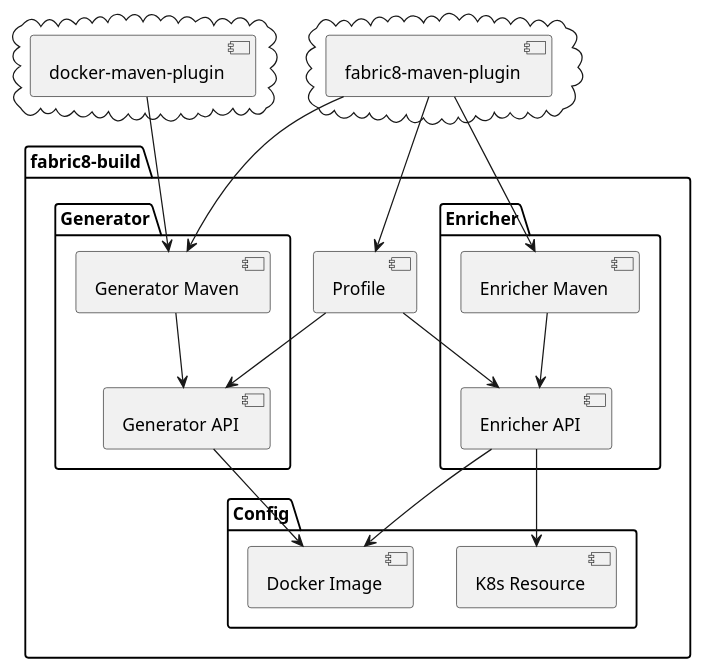
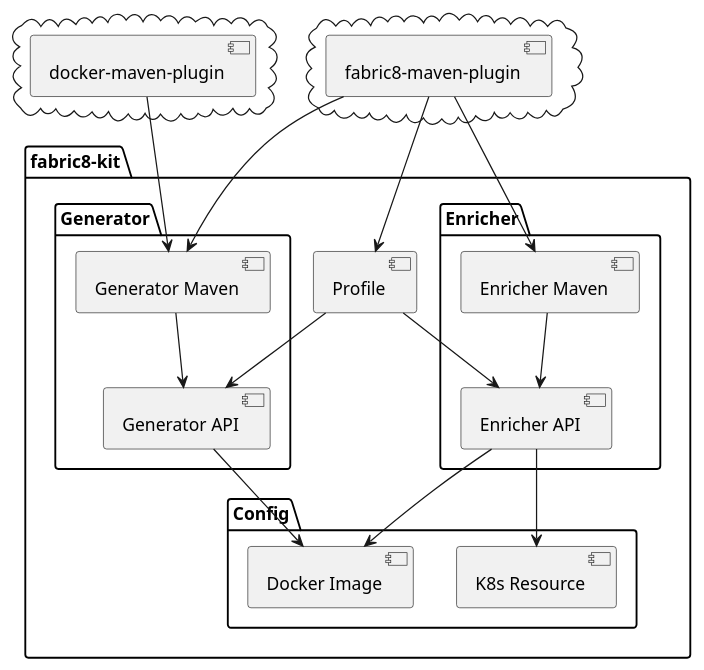
One commit to fabric8io/fabric8-kit changed the diagram in doc/src/main/asciidoc/inc/diagrams/overview.plantuml. Above: the diagram before and after it, drawn with PlantUML. The commit also changed 145 other files, not shown here.

Commit message:
chore: Renamed build also to fabric8-kit

```diff
--- a/doc/src/main/asciidoc/inc/diagrams/overview.plantuml
+++ b/doc/src/main/asciidoc/inc/diagrams/overview.plantuml
@@ -1,35 +1,35 @@
 @startuml
 ' tag::uml[]
-package "fabric8-build" {
+package "fabric8-kit" {
 
   package "Config" {
     [K8s Resource]
     [Docker Image]
   }
 
   package "Generator" {
     [Generator Maven] --> [Generator API]
     [Generator API] --> [Docker Image]
   }
 
   package "Enricher" {
     [Enricher Maven] --> [Enricher API]
     [Enricher API] --> [K8s Resource]
     [Enricher API] --> [Docker Image]
   }
 
   [Profile] --> [Generator API]
   [Profile] --> [Enricher API]
 }
 
 cloud {
   [docker-maven-plugin] --> [Generator Maven]
 }
 
 cloud {
   [fabric8-maven-plugin] --> [Generator Maven]
   [fabric8-maven-plugin] --> [Enricher Maven]
   [fabric8-maven-plugin] --> [Profile]
 }
 ' end::uml[]
 @enduml
```
